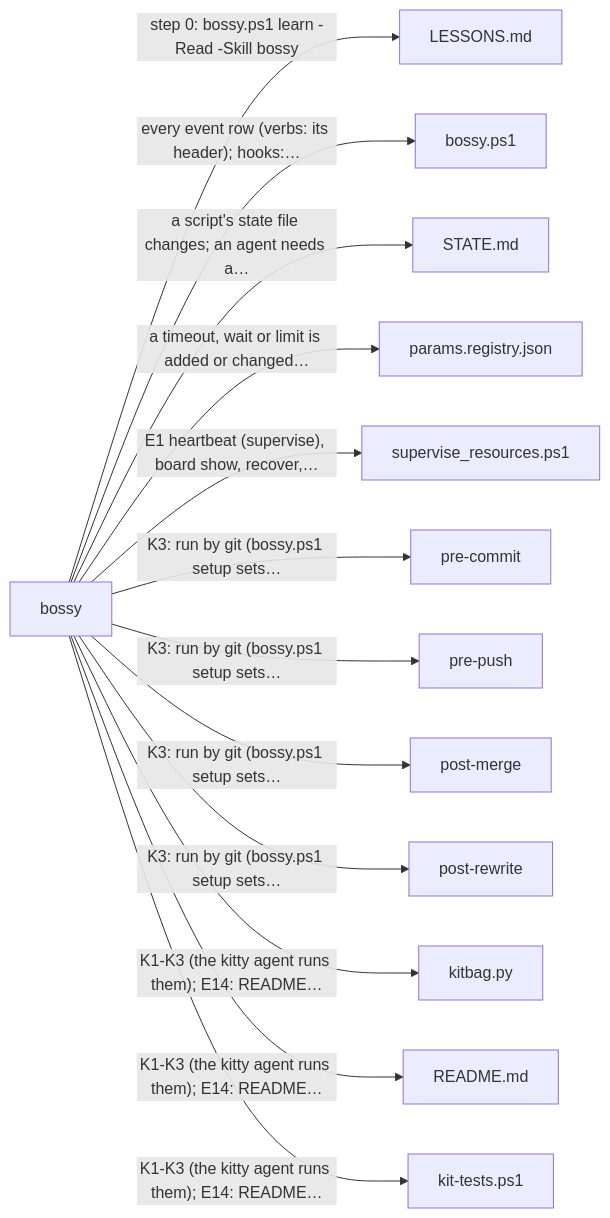
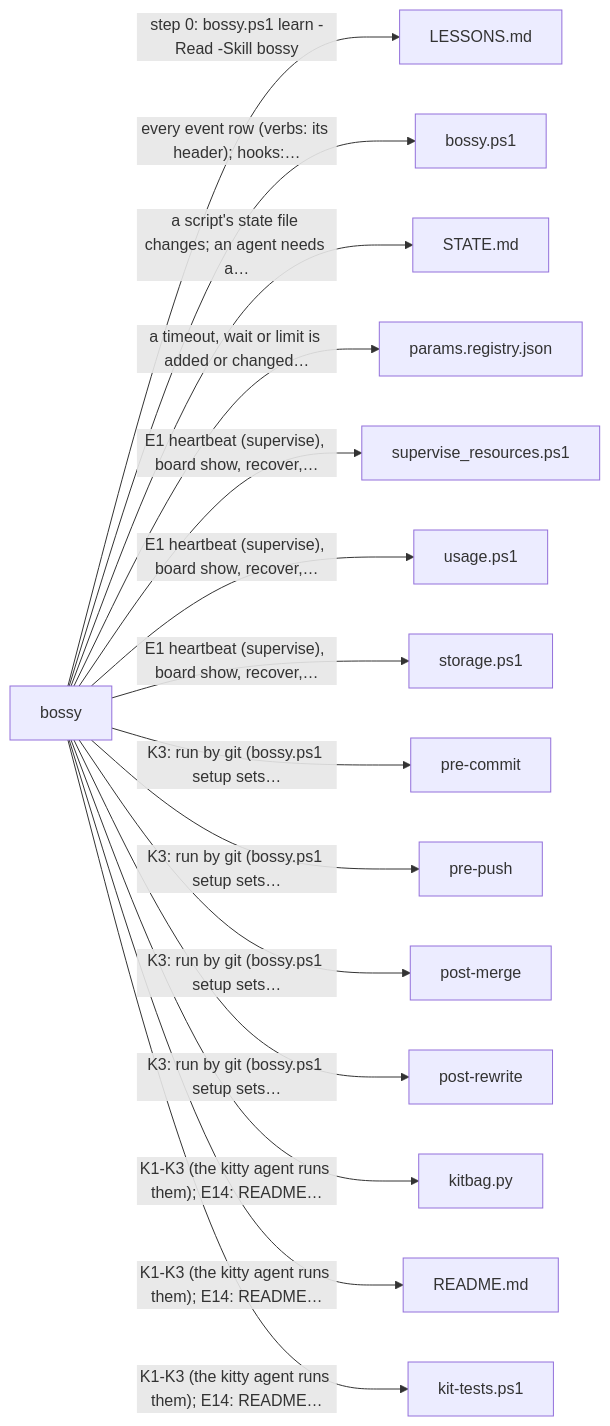
The third of 5 diagrams in README.md (prskid1000/claude-crew), drawn with Mermaid before and after one commit. The commit also changed other lines of this file and 23 other files, not shown here.

````diff
--- a/README.md
+++ b/README.md
@@ -407,16 +405,18 @@
 ```mermaid
 flowchart LR
   skills_bossy_SKILL_md["bossy"]
   skills_bossy_SKILL_md -->|"step 0: bossy.ps1 learn -Read -Skill bossy"| LESSONS_md["LESSONS.md"]
   skills_bossy_SKILL_md -->|"every event row (verbs: its header); hooks:…"| skills_bossy_bossy_ps1["bossy.ps1"]
   skills_bossy_SKILL_md -->|"a script's state file changes; an agent needs a…"| skills_bossy_STATE_md["STATE.md"]
   skills_bossy_SKILL_md -->|"a timeout, wait or limit is added or changed…"| skills_bossy_params_registry_json["params.registry.json"]
   skills_bossy_SKILL_md -->|"E1 heartbeat (supervise), board show, recover,…"| skills_bossy_adapters_supervise_resources_ps1["supervise_resources.ps1"]
+  skills_bossy_SKILL_md -->|"E1 heartbeat (supervise), board show, recover,…"| skills_bossy_adapters_usage_ps1["usage.ps1"]
+  skills_bossy_SKILL_md -->|"E1 heartbeat (supervise), board show, recover,…"| skills_bossy_adapters_storage_ps1["storage.ps1"]
   skills_bossy_SKILL_md -->|"K3: run by git (bossy.ps1 setup sets…"| _githooks_pre_commit["pre-commit"]
   skills_bossy_SKILL_md -->|"K3: run by git (bossy.ps1 setup sets…"| _githooks_pre_push["pre-push"]
   skills_bossy_SKILL_md -->|"K3: run by git (bossy.ps1 setup sets…"| _githooks_post_merge["post-merge"]
   skills_bossy_SKILL_md -->|"K3: run by git (bossy.ps1 setup sets…"| _githooks_post_rewrite["post-rewrite"]
   skills_bossy_SKILL_md -->|"K1-K3 (the kitty agent runs them); E14: README…"| skills_bossy_kitbag_py["kitbag.py"]
   skills_bossy_SKILL_md -->|"K1-K3 (the kitty agent runs them); E14: README…"| README_md["README.md"]
   skills_bossy_SKILL_md -->|"K1-K3 (the kitty agent runs them); E14: README…"| tests_kit_tests_ps1["kit-tests.ps1"]
 ```
````
